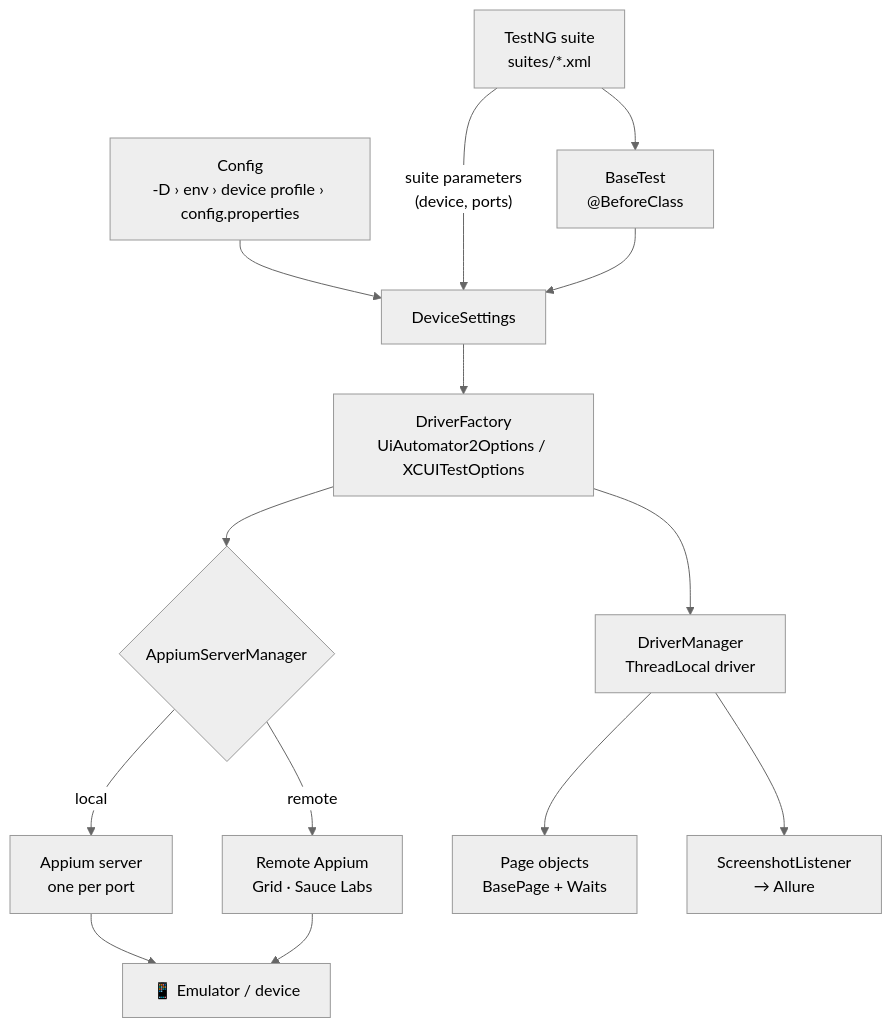
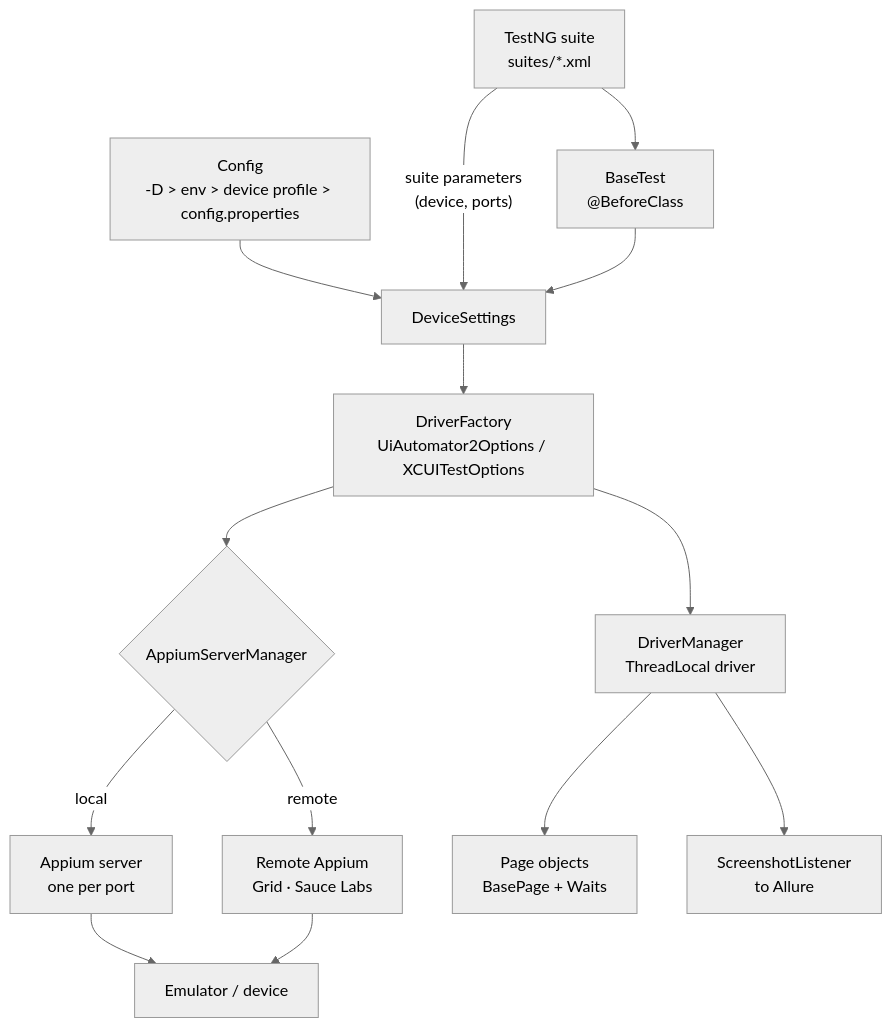
The diagram in README.md (Alexxfromgit/TAF-Appium-JAVA), drawn with Mermaid (neutral theme) before and after one commit. The commit also changed other lines of this file and 9 other files, not shown here.

````diff
--- a/README.md
+++ b/README.md
@@ -47,15 +48,15 @@
 ```mermaid
 flowchart TB
     suite["TestNG suite<br/>suites/*.xml"] --> base["BaseTest<br/>@BeforeClass"]
-    cfg["Config<br/>-D › env › device profile › config.properties"] --> dev["DeviceSettings"]
+    cfg["Config<br/>-D > env > device profile > config.properties"] --> dev["DeviceSettings"]
     suite -- "suite parameters<br/>(device, ports)" --> dev
     base --> dev --> factory["DriverFactory<br/>UiAutomator2Options / XCUITestOptions"]
     factory --> server{"AppiumServerManager"}
     server -- local --> local["Appium server<br/>one per port"]
     server -- remote --> remote["Remote Appium<br/>Grid · Sauce Labs"]
-    local --> device["📱 Emulator / device"]
+    local --> device["Emulator / device"]
     remote --> device
     factory --> dm["DriverManager<br/>ThreadLocal driver"]
     dm --> pages["Page objects<br/>BasePage + Waits"]
-    dm --> shots["ScreenshotListener<br/>→ Allure"]
+    dm --> shots["ScreenshotListener<br/>to Allure"]
 ```
````
